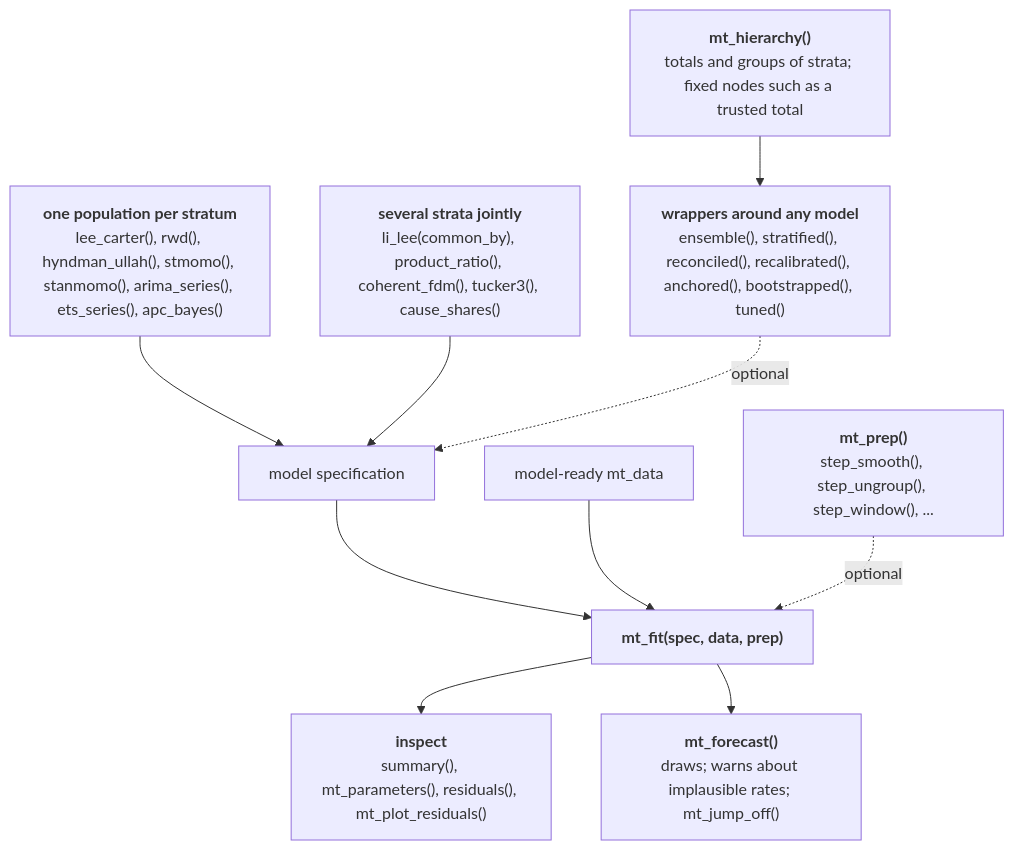
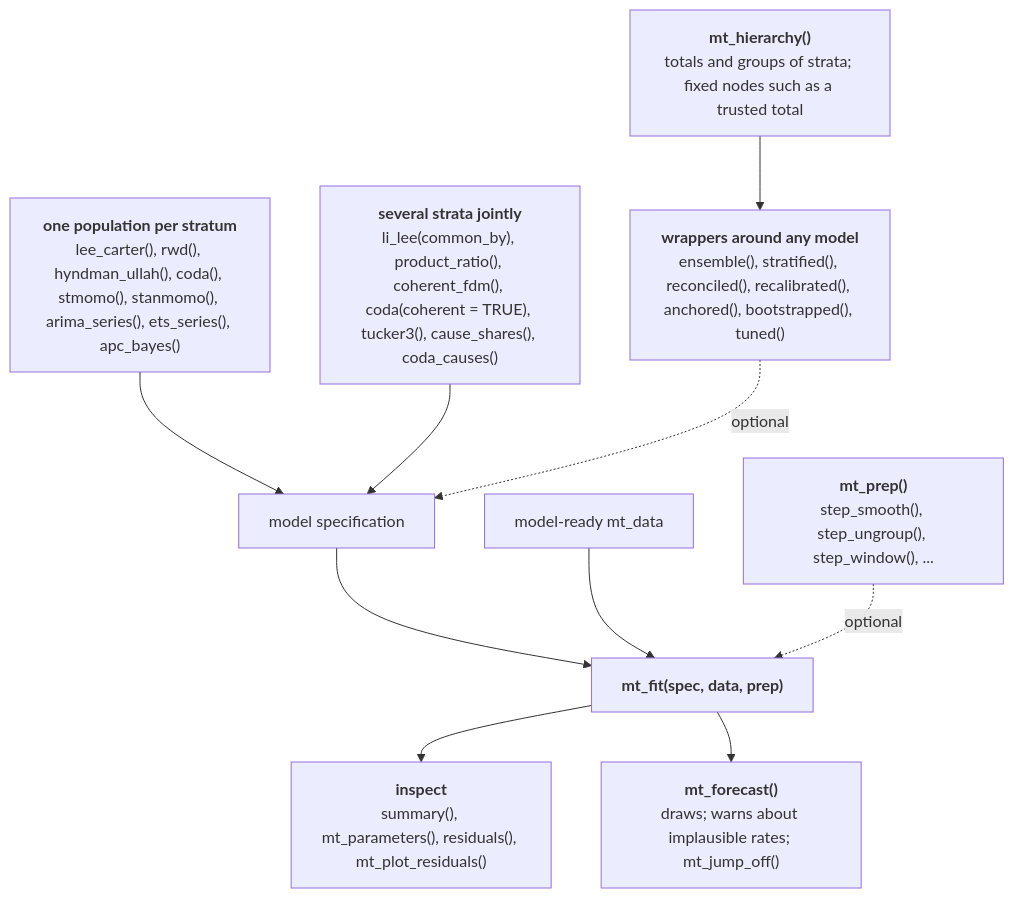
Before and after one commit to kalleEF/mortensor: the diagram in dev/diagrams/function-map-models.mmd, drawn with Mermaid. The commit also changed 41 other files, not shown here.

```diff
--- a/dev/diagrams/function-map-models.mmd
+++ b/dev/diagrams/function-map-models.mmd
@@ -1,27 +1,27 @@
 flowchart TD
   ONE["`**one population per stratum**
-  lee_carter(), rwd(), hyndman_ullah(), stmomo(), stanmomo(), arima_series(), ets_series(), apc_bayes()`"]
+  lee_carter(), rwd(), hyndman_ullah(), coda(), stmomo(), stanmomo(), arima_series(), ets_series(), apc_bayes()`"]
   MANY["`**several strata jointly**
-  li_lee(common_by), product_ratio(), coherent_fdm(), tucker3(), cause_shares()`"]
+  li_lee(common_by), product_ratio(), coherent_fdm(), coda(coherent = TRUE), tucker3(), cause_shares(), coda_causes()`"]
   H["`**mt_hierarchy()**
   totals and groups of strata; fixed nodes such as a trusted total`"]
   WRAP["`**wrappers around any model**
   ensemble(), stratified(), reconciled(), recalibrated(), anchored(), bootstrapped(), tuned()`"]
   SPEC["model specification"]
   M["model-ready mt_data"]
   PREP["`**mt_prep()**
   step_smooth(), step_ungroup(), step_window(), ...`"]
   FIT["`**mt_fit(spec, data, prep)**`"]
   INS["`**inspect**
   summary(), mt_parameters(), residuals(), mt_plot_residuals()`"]
   FC["`**mt_forecast()**
   draws; warns about implausible rates; mt_jump_off()`"]
   ONE --> SPEC
   MANY --> SPEC
   H --> WRAP
   WRAP -. "optional" .-> SPEC
   SPEC --> FIT
   M --> FIT
   PREP -. "optional" .-> FIT
   FIT --> INS
   FIT --> FC
```
